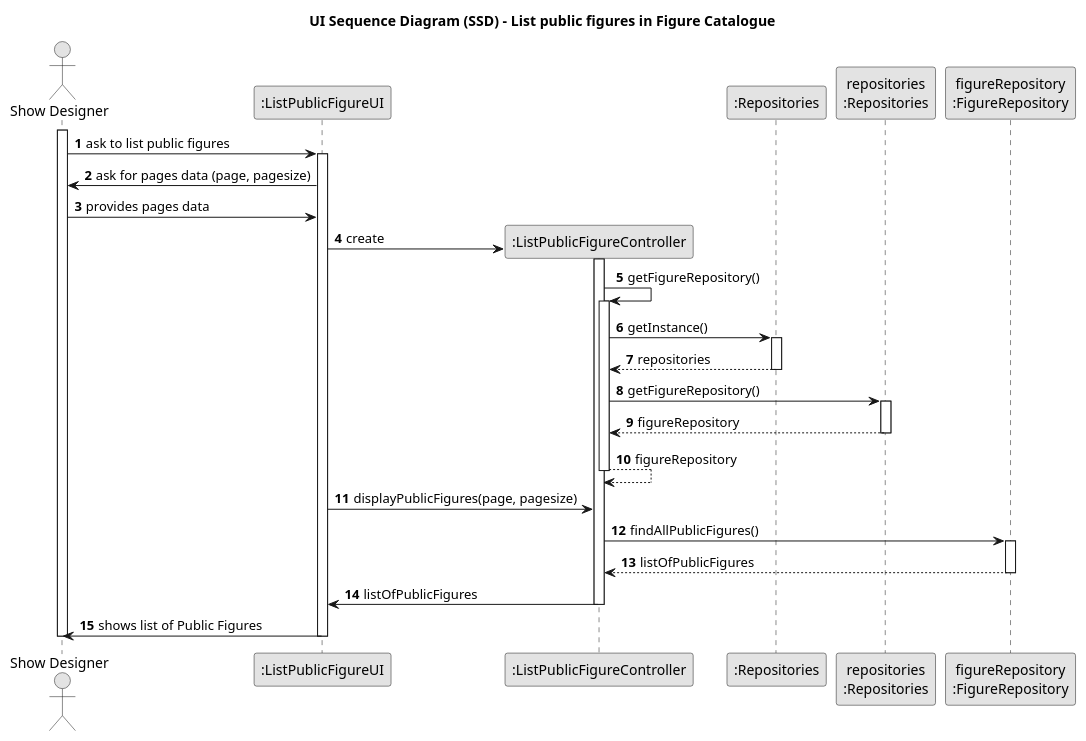
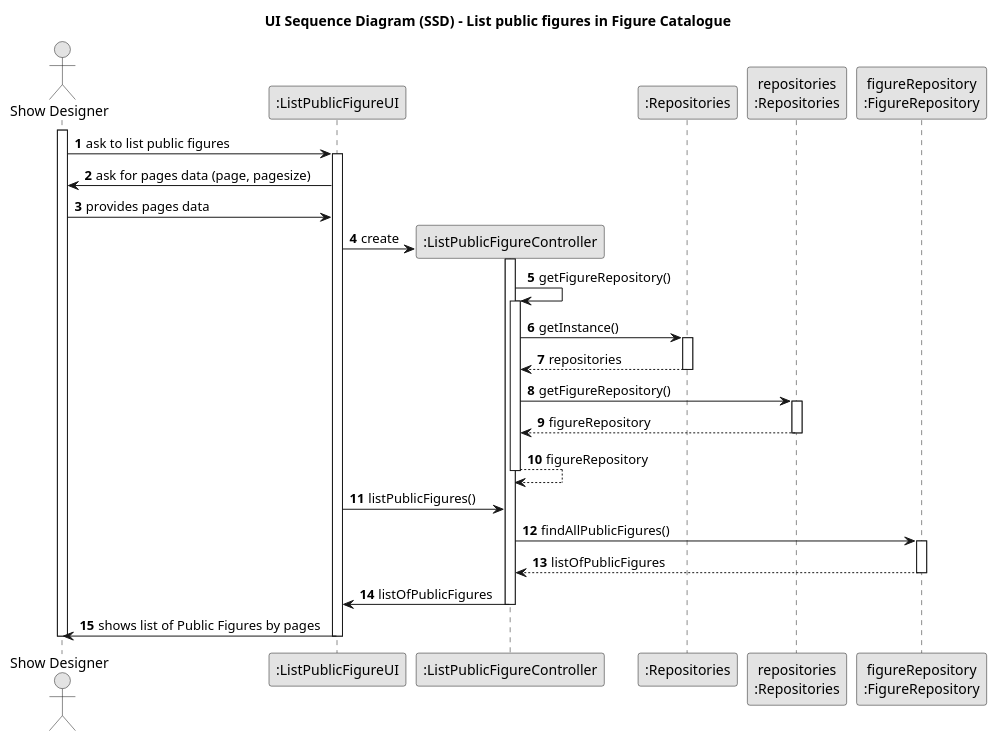
One commit to SAEmanuel/Shodrone_ISEP changed the diagram in docs/planning/sprint2/EAPLI/US231 - List public figures in Figure catalogue/03.design/puml/us231-sequence-diagram-full.puml. Above: the diagram before and after it, drawn with PlantUML. The commit also changed 9 other files, not shown here.

```diff
--- a/docs/planning/sprint2/EAPLI/US231 - List public figures in Figure catalogue/03.design/puml/us231-sequence-diagram-full.puml
+++ b/docs/planning/sprint2/EAPLI/US231 - List public figures in Figure catalogue/03.design/puml/us231-sequence-diagram-full.puml
@@ -1,62 +1,61 @@
 @startuml
 skinparam monochrome true
 skinparam packageStyle rectangle
 skinparam shadowing false
 
 title UI Sequence Diagram (SSD) - List public figures in Figure Catalogue
 
 autonumber
 
 actor "Show Designer" as showDesigner
 participant ":ListPublicFigureUI" as UI
 participant ":ListPublicFigureController" as CTRL
 participant ":Repositories" as RepositorySingleton
 participant "repositories\n:Repositories" as PLAT
 participant "figureRepository\n:FigureRepository" as catRepo
 
 activate showDesigner
 
     showDesigner -> UI : ask to list public figures
     activate UI
 
     UI -> showDesigner : ask for pages data (page, pagesize)
     showDesigner -> UI : provides pages data
 
     UI -> CTRL** : create
 
     activate CTRL
 
         CTRL -> CTRL : getFigureRepository()
         activate CTRL
 
             CTRL -> RepositorySingleton : getInstance()
             activate RepositorySingleton
 
                 RepositorySingleton --> CTRL: repositories
             deactivate RepositorySingleton
 
             CTRL -> PLAT : getFigureRepository()
             activate PLAT
 
                 PLAT --> CTRL: figureRepository
             deactivate PLAT
             CTRL --> CTRL : figureRepository
 
         deactivate CTRL
 
-        UI -> CTRL: displayPublicFigures(page, pagesize)
+        UI -> CTRL: listPublicFigures()
                 CTRL -> catRepo: findAllPublicFigures()
                 activate catRepo
 
                     catRepo --> CTRL: listOfPublicFigures
                 deactivate catRepo
                 CTRL -> UI: listOfPublicFigures
-
             deactivate CTRL
 
-            UI -> showDesigner : shows list of Public Figures
+            UI -> showDesigner : shows list of Public Figures by pages
 
 deactivate UI
 deactivate showDesigner
 
 @enduml
```
